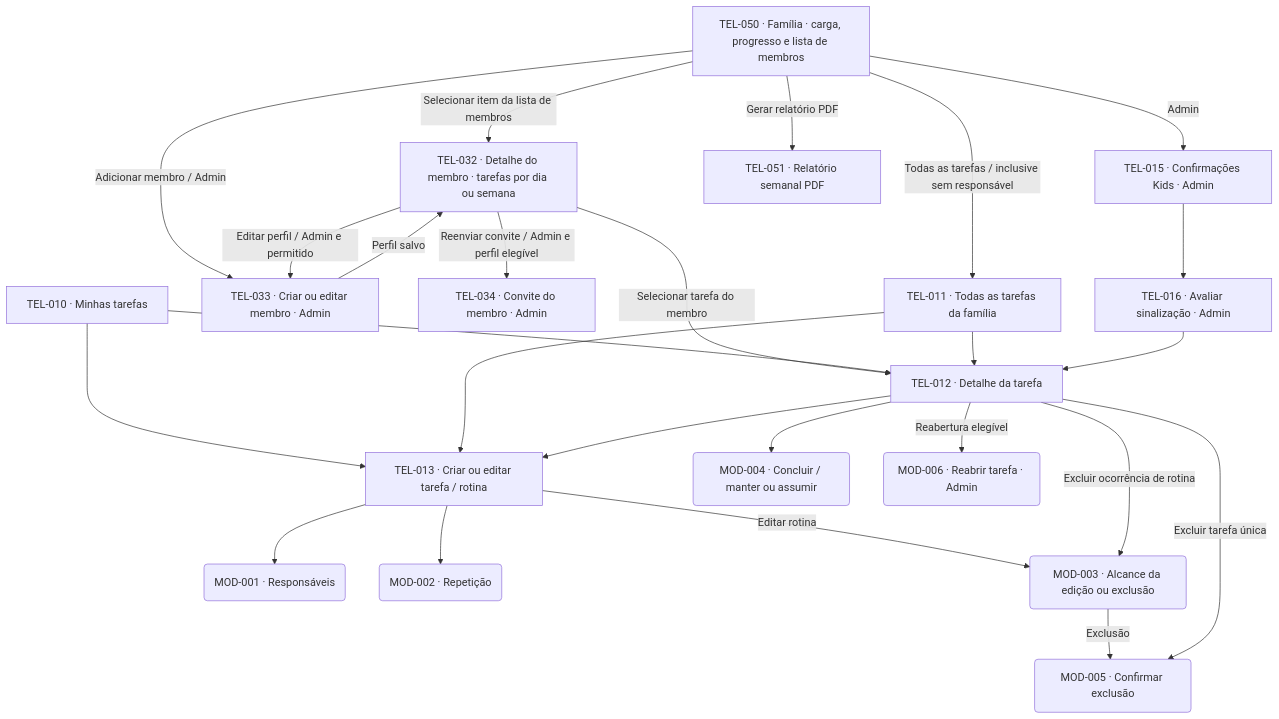
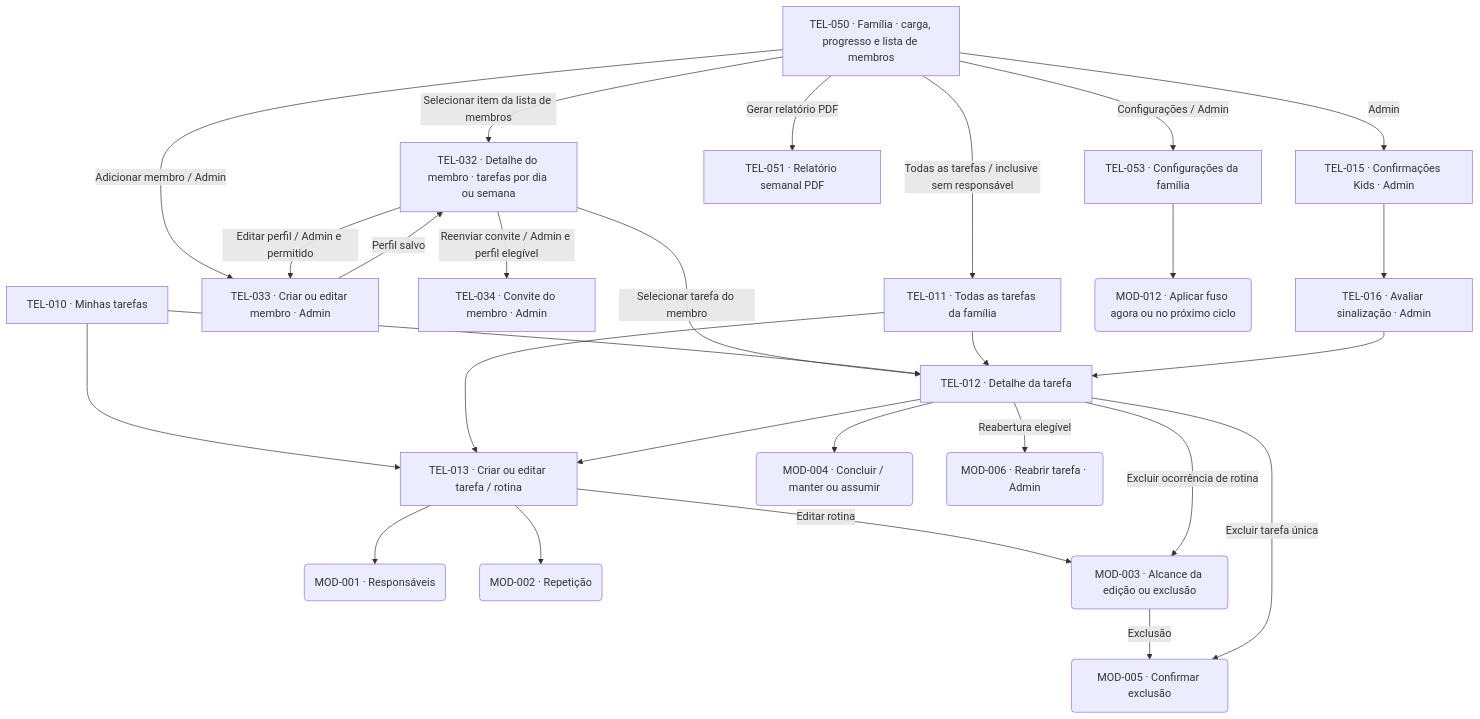
The second of 6 diagrams in docs/design/screen-map.md (lizandramalta/App-Rotina-Familiar), drawn with Mermaid before and after one commit. The commit also changed other lines of this file and 25 other files, not shown here.

````diff
--- a/docs/design/screen-map.md
+++ b/docs/design/screen-map.md
@@ -63,44 +68,46 @@
 ```mermaid
 flowchart TD
     T010["TEL-010 · Minhas tarefas"]
     T050["TEL-050 · Família · carga, progresso e lista de membros"]
     T032["TEL-032 · Detalhe do membro · tarefas por dia ou semana"]
     T033["TEL-033 · Criar ou editar membro · Admin"]
     T034["TEL-034 · Convite do membro · Admin"]
     T011["TEL-011 · Todas as tarefas da família"]
     T012["TEL-012 · Detalhe da tarefa"]
     T013["TEL-013 · Criar ou editar tarefa / rotina"]
     T015["TEL-015 · Confirmações Kids · Admin"]
     T016["TEL-016 · Avaliar sinalização · Admin"]
     T051["TEL-051 · Relatório semanal PDF"]
     M001("MOD-001 · Responsáveis")
     M002("MOD-002 · Repetição")
     M003("MOD-003 · Alcance da edição ou exclusão")
     M004("MOD-004 · Concluir / manter ou assumir")
     M005("MOD-005 · Confirmar exclusão")
     M006("MOD-006 · Reabrir tarefa · Admin")
     T050 -->|Selecionar item da lista de membros| T032
     T050 -->|Adicionar membro / Admin| T033
     T032 -->|Editar perfil / Admin e permitido| T033
     T032 -->|Reenviar convite / Admin e perfil elegível| T034
     T032 -->|Selecionar tarefa do membro| T012
     T033 -->|Perfil salvo| T032
     T050 -->|Todas as tarefas / inclusive sem responsável| T011
     T050 -->|Gerar relatório PDF| T051
+    T050 -->|Configurações / Admin| T053["TEL-053 · Configurações da família"]
+    T053 --> M012("MOD-012 · Aplicar fuso agora ou no próximo ciclo")
     T050 -->|Admin| T015
     T010 --> T012
     T010 --> T013
     T011 --> T012
     T011 --> T013
     T012 --> T013
     T013 --> M001
     T013 --> M002
     T013 -->|Editar rotina| M003
     T012 --> M004
     T012 -->|Excluir ocorrência de rotina| M003
     M003 -->|Exclusão| M005
     T012 -->|Excluir tarefa única| M005
     T012 -->|Reabertura elegível| M006
     T015 --> T016
     T016 --> T012
 ```
````
